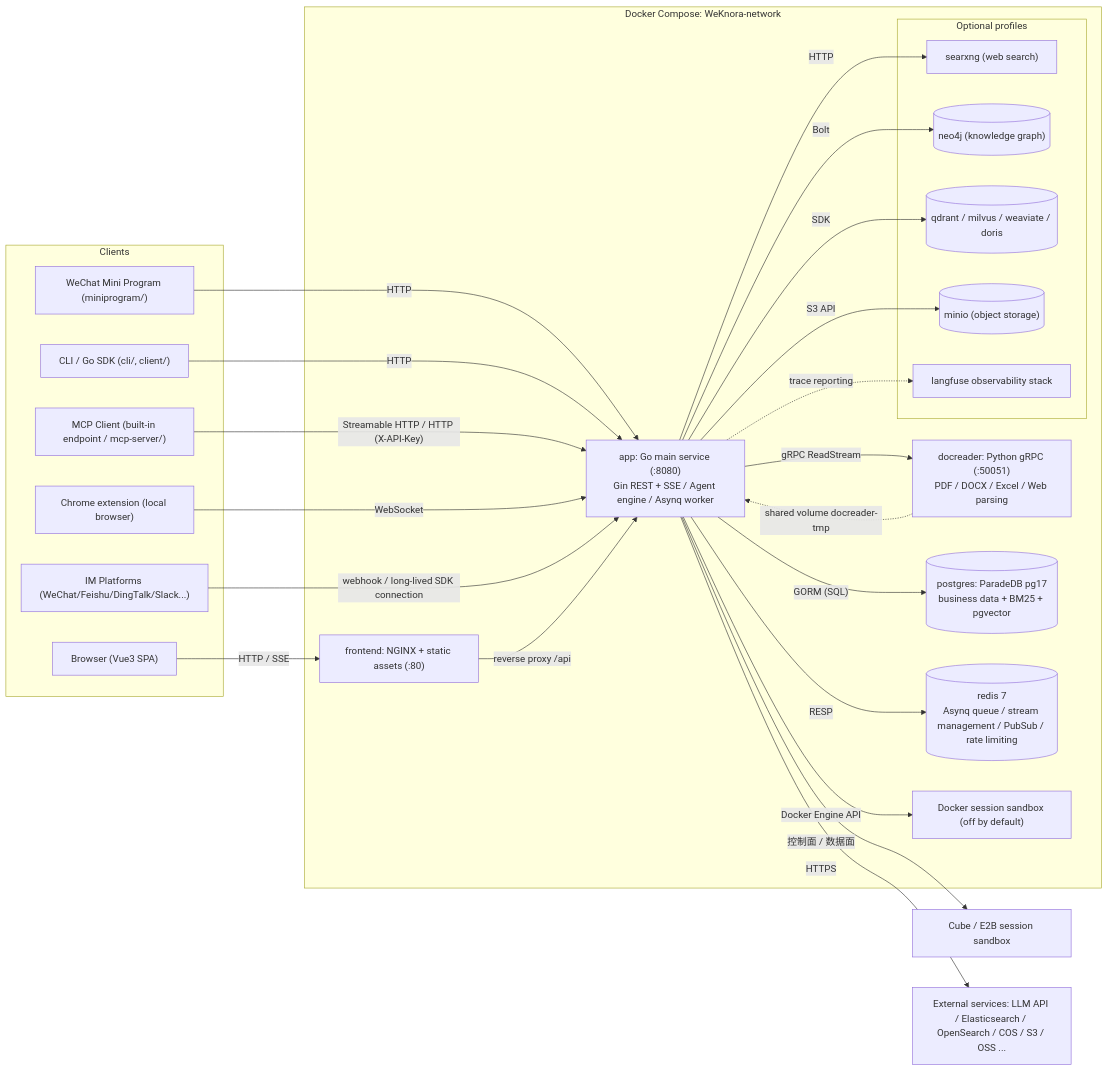
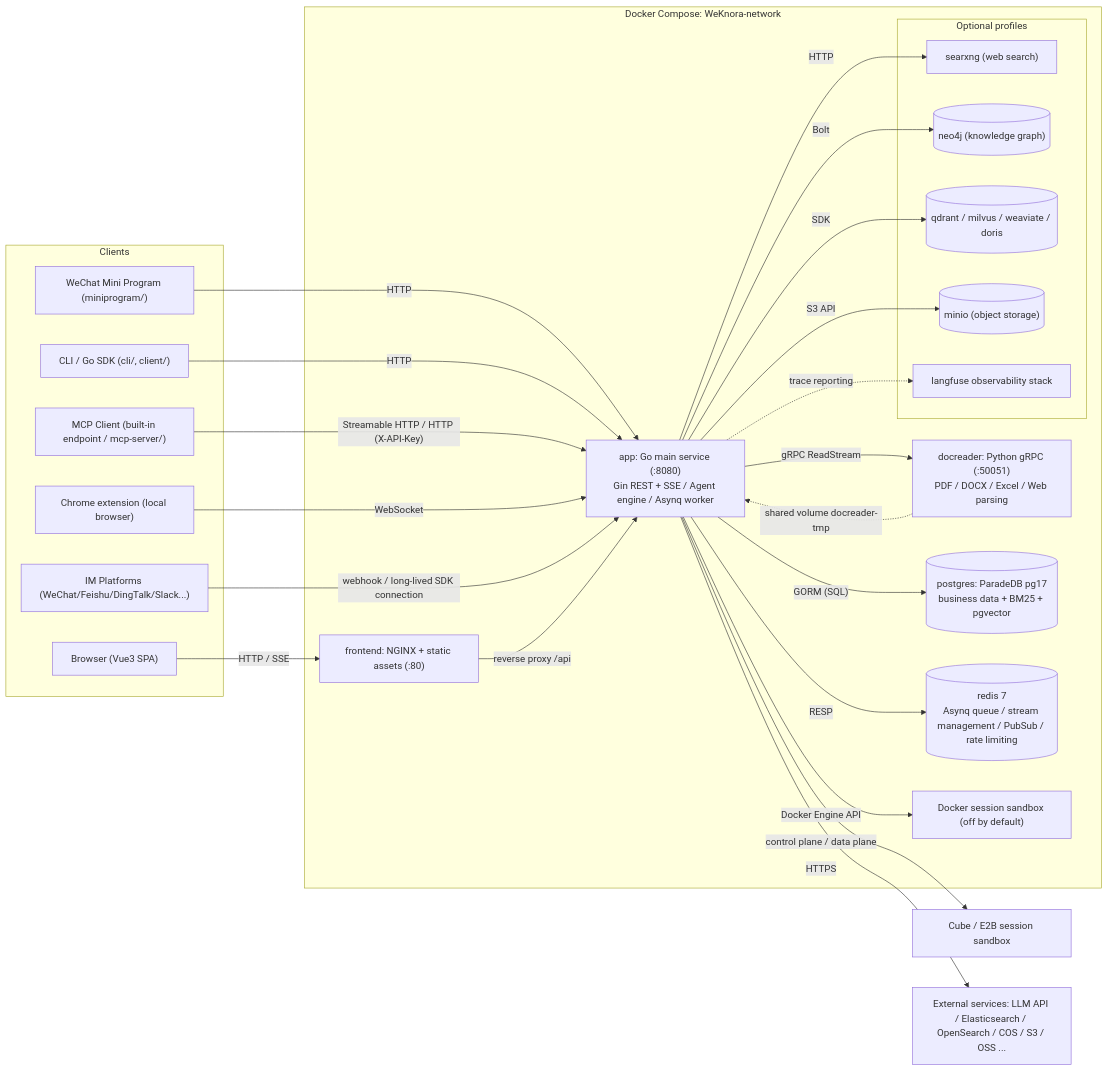
Before and after one commit to quantmind-br/WeKnora: the first of 2 diagrams in website-docs/02-architecture/01-overview.md, drawn with Mermaid. The commit also changed 370 other files, not shown here.

````diff
--- a/website-docs/02-architecture/01-overview.md
+++ b/website-docs/02-architecture/01-overview.md
@@ -91,50 +91,50 @@
 ```mermaid
 graph LR
     subgraph Clients["Clients"]
         Browser["Browser (Vue3 SPA)"]
         Mini["WeChat Mini Program (miniprogram/)"]
         CLI["CLI / Go SDK (cli/, client/)"]
         MCPC["MCP Client (built-in endpoint / mcp-server/)"]
         EXTN["Chrome extension (local browser)"]
         IM["IM Platforms (WeChat/Feishu/DingTalk/Slack...)"]
     end
 
     subgraph Compose["Docker Compose: WeKnora-network"]
         FE["frontend: NGINX + static assets (:80)"]
         APP["app: Go main service (:8080)<br/>Gin REST + SSE / Agent engine / Asynq worker"]
         DR["docreader: Python gRPC (:50051)<br/>PDF / DOCX / Excel / Web parsing"]
         PG[("postgres: ParadeDB pg17<br/>business data + BM25 + pgvector")]
         RD[("redis 7<br/>Asynq queue / stream management / PubSub / rate limiting")]
         SBX["Docker session sandbox (off by default)"]
         subgraph Optional["Optional profiles"]
             SX["searxng (web search)"]
             NEO[("neo4j (knowledge graph)")]
             VDB[("qdrant / milvus / weaviate / doris")]
             MINIO[("minio (object storage)")]
             LF["langfuse observability stack"]
         end
     end
 
     REMOTE["Cube / E2B session sandbox"]
     EXT["External services: LLM API / Elasticsearch / OpenSearch / COS / S3 / OSS ..."]
 
     Browser -->|"HTTP / SSE"| FE
     Mini -->|"HTTP"| APP
     CLI -->|"HTTP"| APP
     MCPC -->|"Streamable HTTP / HTTP (X-API-Key)"| APP
     EXTN -->|"WebSocket"| APP
     IM -->|"webhook / long-lived SDK connection"| APP
     FE -->|"reverse proxy /api"| APP
     APP -->|"gRPC ReadStream"| DR
     APP -->|"GORM (SQL)"| PG
     APP -->|"RESP"| RD
     APP -->|"Docker Engine API"| SBX
-    APP -->|"控制面 / 数据面"| REMOTE
+    APP -->|"control plane / data plane"| REMOTE
     APP -->|"HTTP"| SX
     APP -->|"Bolt"| NEO
     APP -->|"SDK"| VDB
     APP -->|"S3 API"| MINIO
     APP -->|"HTTPS"| EXT
     APP -.->|"trace reporting"| LF
     DR -.->|"shared volume docreader-tmp"| APP
 ```
````
